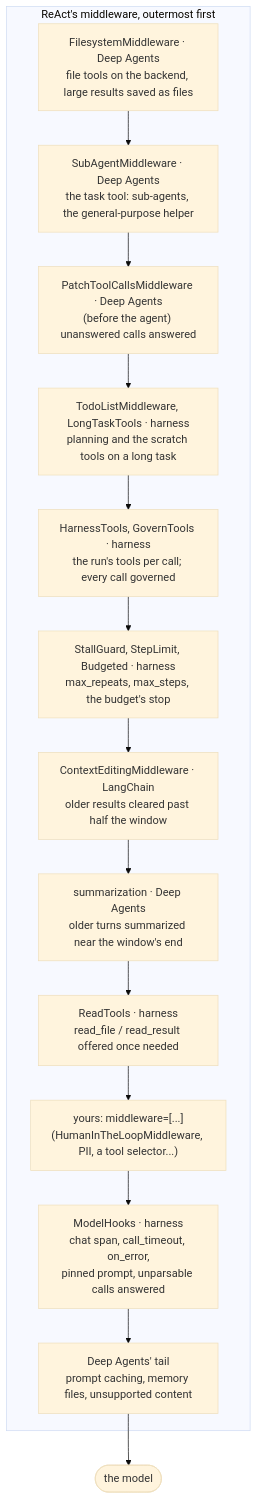
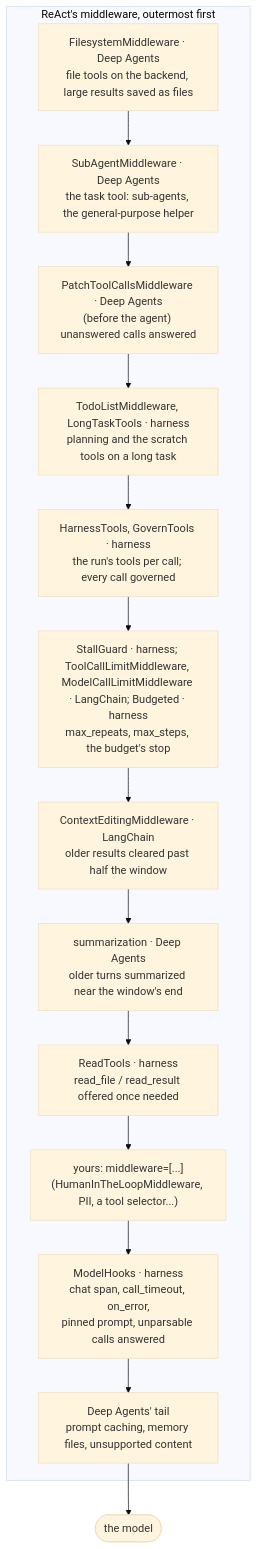
Before and after one commit to amitmohapatra/agent-harness: the ninth of 10 diagrams in docs/architecture.md, drawn with Mermaid (base theme). The commit also changed other lines of this file and 27 other files, not shown here.

First line of the commit message:
ReAct loop: LangChain's limits, errors and retries, measured by a ReAct suite

````diff
--- a/docs/architecture.md
+++ b/docs/architecture.md
@@ -456,18 +457,18 @@
 ```mermaid
 flowchart TB
   subgraph stack["ReAct's middleware, outermost first"]
     fs["FilesystemMiddleware · Deep Agents<br/>file tools on the backend, large results saved as files"]
     sa["SubAgentMiddleware · Deep Agents<br/>the task tool: sub-agents, the general-purpose helper"]
     pt["PatchToolCallsMiddleware · Deep Agents<br/>(before the agent) unanswered calls answered"]
     pl["TodoListMiddleware, LongTaskTools · harness<br/>planning and the scratch tools on a long task"]
     ht["HarnessTools, GovernTools · harness<br/>the run's tools per call; every call governed"]
-    sg["StallGuard, StepLimit, Budgeted · harness<br/>max_repeats, max_steps, the budget's stop"]
+    sg["StallGuard · harness; ToolCallLimitMiddleware, ModelCallLimitMiddleware · LangChain; Budgeted · harness<br/>max_repeats, max_steps, the budget's stop"]
     ce["ContextEditingMiddleware · LangChain<br/>older results cleared past half the window"]
     su["summarization · Deep Agents<br/>older turns summarized near the window's end"]
     rt["ReadTools · harness<br/>read_file / read_result offered once needed"]
     yours["yours: middleware=[...]<br/>(HumanInTheLoopMiddleware, PII, a tool selector...)"]
     mh["ModelHooks · harness<br/>chat span, call_timeout, on_error,<br/>pinned prompt, unparsable calls answered"]
     tail["Deep Agents' tail<br/>prompt caching, memory files, unsupported content"]
   end
   fs --> sa --> pt --> pl --> ht --> sg --> ce --> su --> rt --> yours --> mh --> tail --> model(["the model"])
 ```
````
